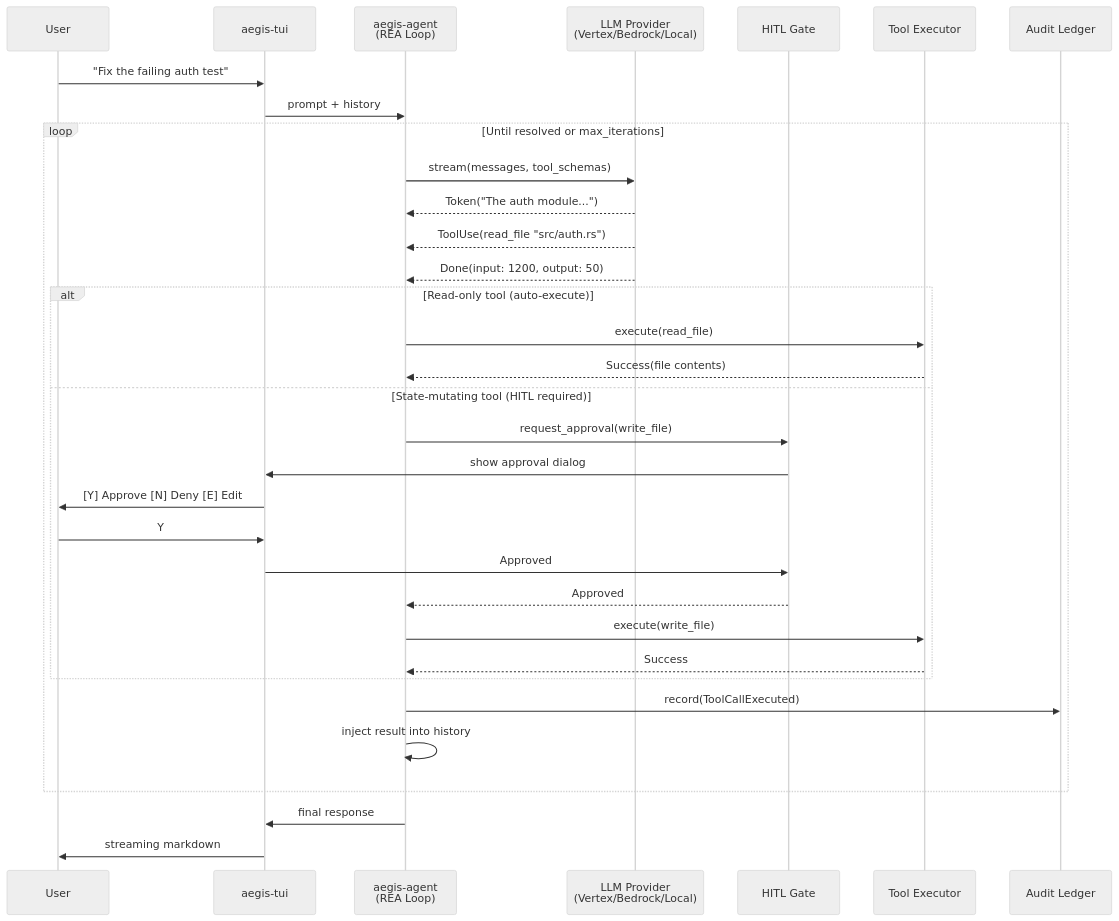
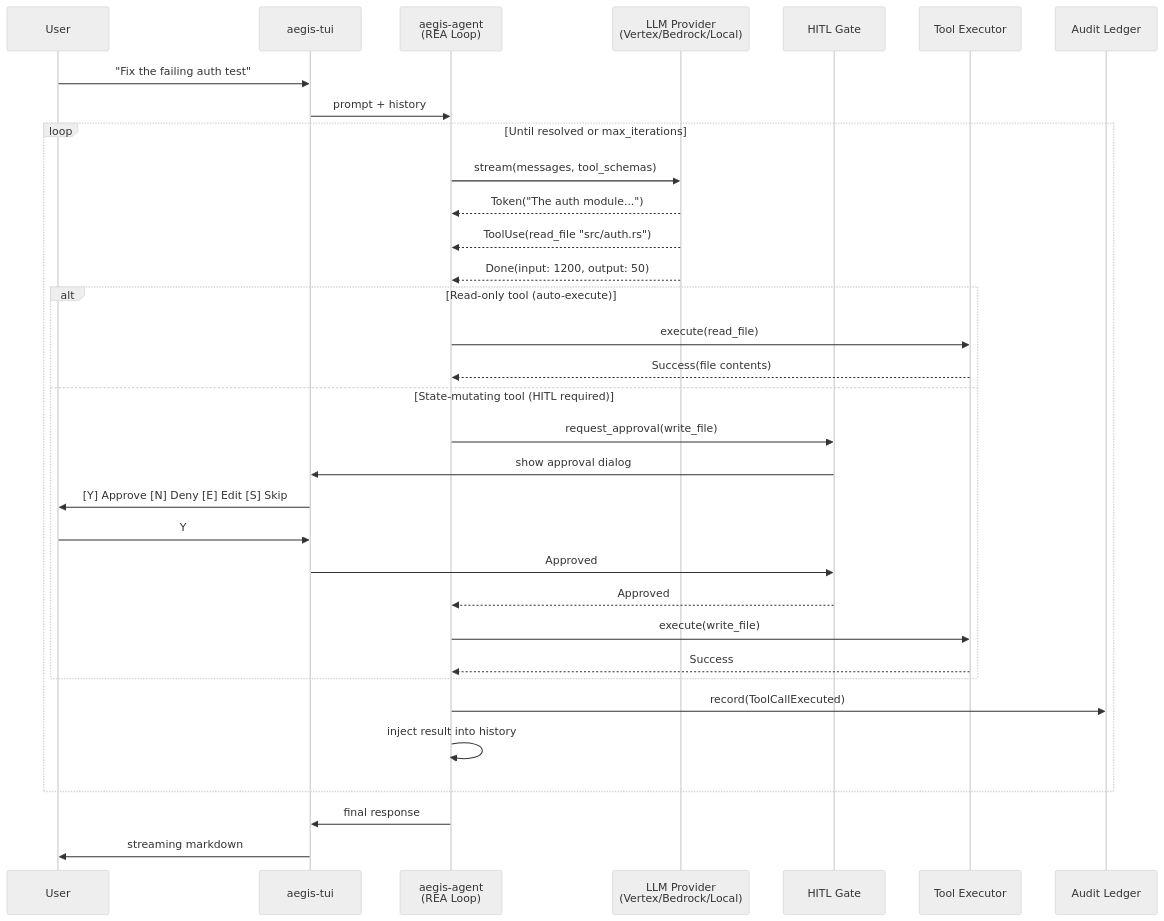
Before and after one commit to rtmx-ai/aegis-cli: the third of 5 diagrams in README.md, drawn with Mermaid (neutral theme). The commit also changed other lines of this file and 5 other files, not shown here.

````diff
--- a/README.md
+++ b/README.md
@@ -128,40 +202,40 @@
 ```mermaid
 sequenceDiagram
     participant User
     participant TUI as aegis-tui
     participant Agent as aegis-agent<br/>(REA Loop)
     participant LLM as LLM Provider<br/>(Vertex/Bedrock/Local)
     participant Gate as HITL Gate
     participant Tools as Tool Executor
     participant Ledger as Audit Ledger
 
     User->>TUI: "Fix the failing auth test"
     TUI->>Agent: prompt + history
 
     loop Until resolved or max_iterations
         Agent->>LLM: stream(messages, tool_schemas)
         LLM-->>Agent: Token("The auth module...")
         LLM-->>Agent: ToolUse(read_file "src/auth.rs")
         LLM-->>Agent: Done(input: 1200, output: 50)
 
         alt Read-only tool (auto-execute)
             Agent->>Tools: execute(read_file)
             Tools-->>Agent: Success(file contents)
         else State-mutating tool (HITL required)
             Agent->>Gate: request_approval(write_file)
             Gate->>TUI: show approval dialog
-            TUI->>User: [Y] Approve [N] Deny [E] Edit
+            TUI->>User: [Y] Approve [N] Deny [E] Edit [S] Skip
             User->>TUI: Y
             TUI->>Gate: Approved
             Gate-->>Agent: Approved
             Agent->>Tools: execute(write_file)
             Tools-->>Agent: Success
         end
 
         Agent->>Ledger: record(ToolCallExecuted)
         Agent->>Agent: inject result into history
     end
 
     Agent->>TUI: final response
     TUI->>User: streaming markdown
 ```
````
